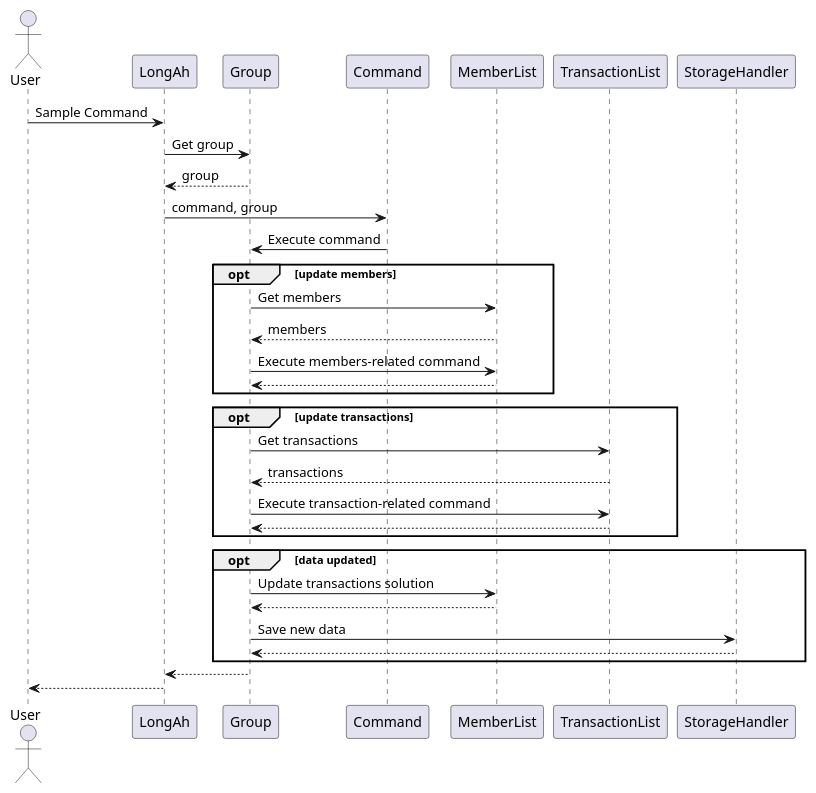
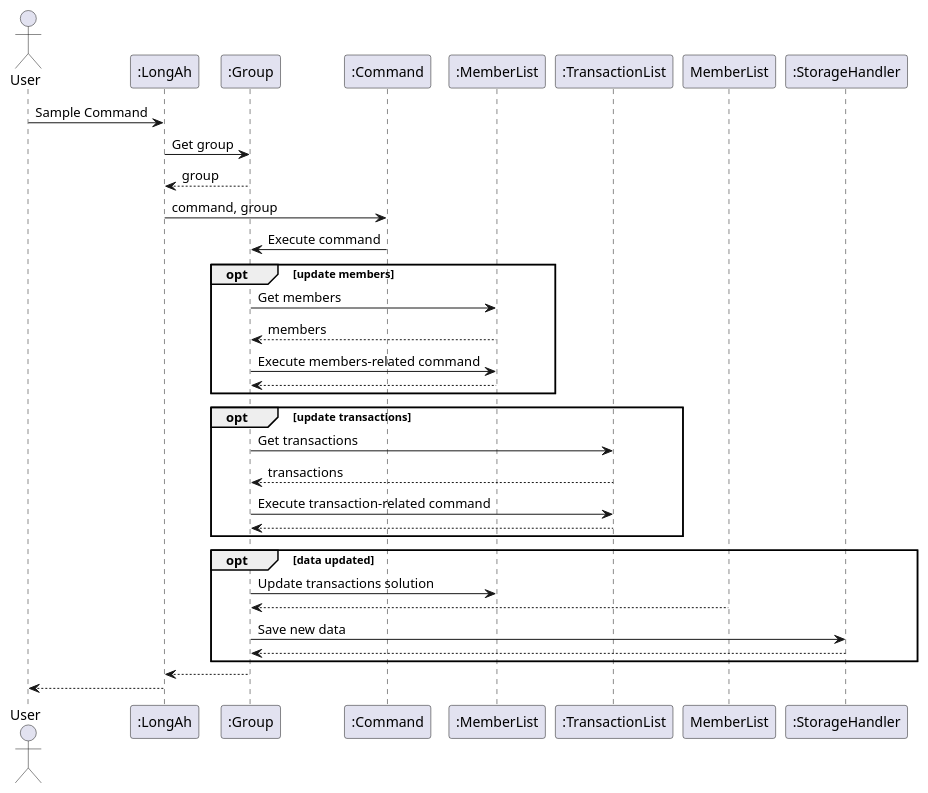
Before and after one commit to jing-xiang/tp: the diagram in docs/diagrams/CommandExecutionSequence.puml, drawn with PlantUML. The commit also changed 2 other files, not shown here.

Commit message:
Update command

```diff
--- a/docs/diagrams/CommandExecutionSequence.puml
+++ b/docs/diagrams/CommandExecutionSequence.puml
@@ -1,28 +1,28 @@
 @startuml
 actor User
-User -> LongAh: Sample Command
-LongAh -> Group: Get group
-Group --> LongAh: group
-LongAh -> Command: command, group
-Command -> Group: Execute command
+User -> ":LongAh": Sample Command
+":LongAh" -> ":Group": Get group
+":Group"--> ":LongAh": group
+":LongAh" -> ":Command": command, group
+":Command" -> ":Group": Execute command
 opt update members
-  Group -> MemberList: Get members
-  MemberList --> Group: members
-  Group -> MemberList: Execute members-related command
-  MemberList --> Group
+  ":Group" -> ":MemberList": Get members
+  ":MemberList" --> ":Group": members
+  ":Group"-> ":MemberList": Execute members-related command
+  ":MemberList" --> ":Group"
 end
 opt update transactions
-  Group -> TransactionList: Get transactions
-  TransactionList --> Group: transactions
-  Group -> TransactionList: Execute transaction-related command
-  TransactionList --> Group
+  ":Group"-> ":TransactionList": Get transactions
+  ":TransactionList"--> ":Group": transactions
+  ":Group"-> ":TransactionList": Execute transaction-related command
+  ":TransactionList"--> ":Group"
 end
 opt data updated
-  Group -> MemberList: Update transactions solution
-  MemberList --> Group
-  Group -> StorageHandler: Save new data
-  StorageHandler --> Group
+  ":Group"-> ":MemberList": Update transactions solution
+  MemberList --> ":Group"
+  ":Group"-> ":StorageHandler": Save new data
+  ":StorageHandler" --> ":Group"
 end
-Group --> LongAh
-LongAh --> User
+":Group"--> ":LongAh"
+":LongAh" --> User
 @enduml
```
